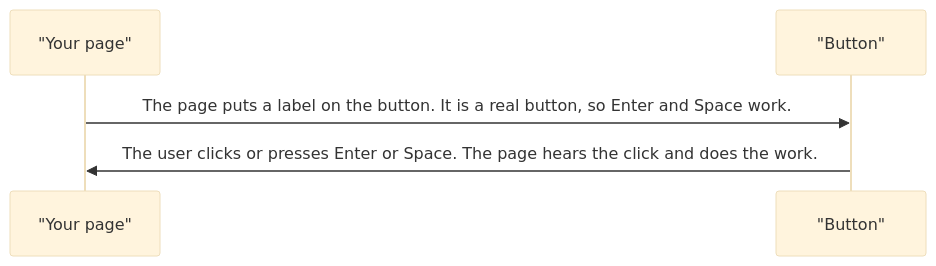
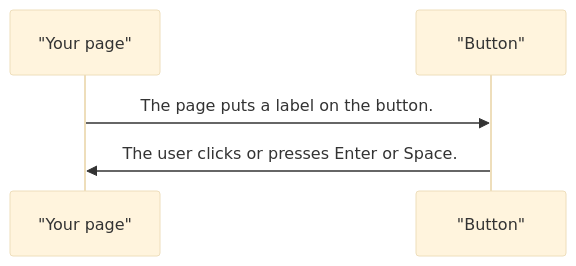
Before and after one commit to RajshekharBorate/pixel-ui: the second of 8 diagrams in projects/pixel-ui/src/lib/pixel-button/DESIGN.md, drawn with Mermaid (base theme). The commit also changed other lines of this file and 80 other files, not shown here.

Commit message:
Fill missing design flows and correct the stories that did not match component behavior.

````diff
--- a/projects/pixel-ui/src/lib/pixel-button/DESIGN.md
+++ b/projects/pixel-ui/src/lib/pixel-button/DESIGN.md
@@ -76,7 +82,7 @@
 ```mermaid
 sequenceDiagram
   participant page as "Your page"
   participant button as "Button"
-  page->>button: The page puts a label on the button. It is a real button, so Enter and Space work.
-  button->>page: The user clicks or presses Enter or Space. The page hears the click and does the work.
+  page->>button: The page puts a label on the button.
+  button->>page: The user clicks or presses Enter or Space.
 ```
````
